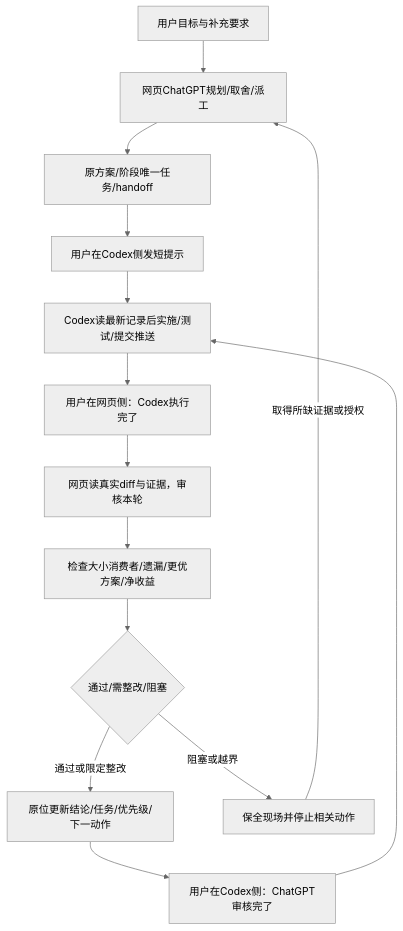
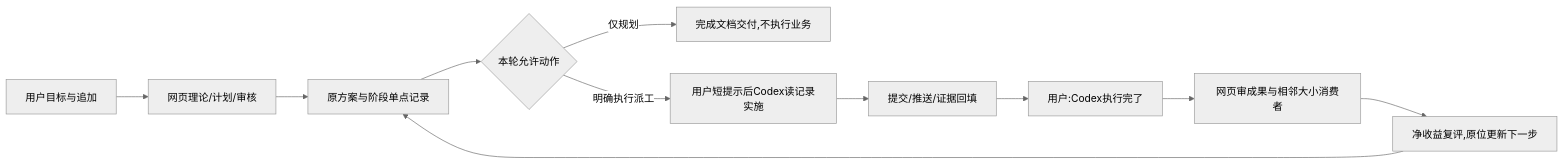
The second of 2 diagrams in docs/product-closure-design.md (1239890829/AI-Trading), drawn with Mermaid (neutral theme) before and after one commit. The commit also changed other lines of this file and 5 other files, not shown here.

````diff
--- a/docs/product-closure-design.md
+++ b/docs/product-closure-design.md
@@ -118,16 +133,13 @@
 ```mermaid
-flowchart TB
- U[用户目标与补充要求] --> P[网页ChatGPT规划/取舍/派工]
- P --> L[原方案/阶段唯一任务/handoff]
- L --> M[用户在Codex侧发短提示]
- M --> C[Codex读最新记录后实施/测试/提交推送]
- C --> T[用户在网页侧：Codex执行完了]
- T --> A[网页读真实diff与证据，审核本轮]
- A --> B[检查大小消费者/遗漏/更优方案/净收益]
- B --> D{通过/需整改/阻塞}
- D -->|通过或限定整改| W[原位更新结论/任务/优先级/下一动作]
- W --> S[用户在Codex侧：ChatGPT审核完了]
- S --> C
- D -->|阻塞或越界| X[保全现场并停止相关动作]
- X -->|取得所缺证据或授权| P
+flowchart LR
+ U[用户目标与追加] --> P[网页理论/计划/审核]
+ P --> L[原方案与阶段单点记录]
+ L --> G{本轮允许动作}
+ G -->|仅规划| F[完成文档交付,不执行业务]
+ G -->|明确执行派工| C[用户短提示后Codex读记录实施]
+ C --> E[提交/推送/证据回填]
+ E --> T[用户:Codex执行完了]
+ T --> V[网页审成果与相邻大小消费者]
+ V --> R[净收益复评,原位更新下一步]
+ R --> L
 ```
````
